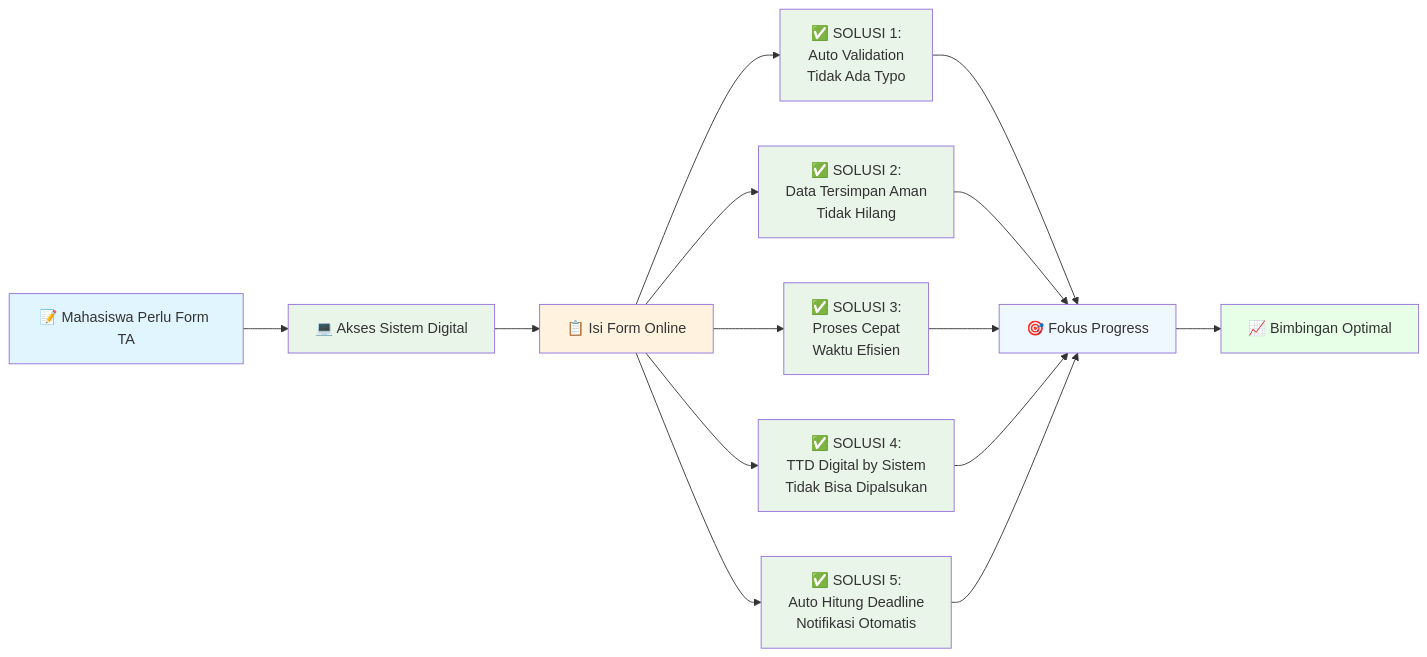
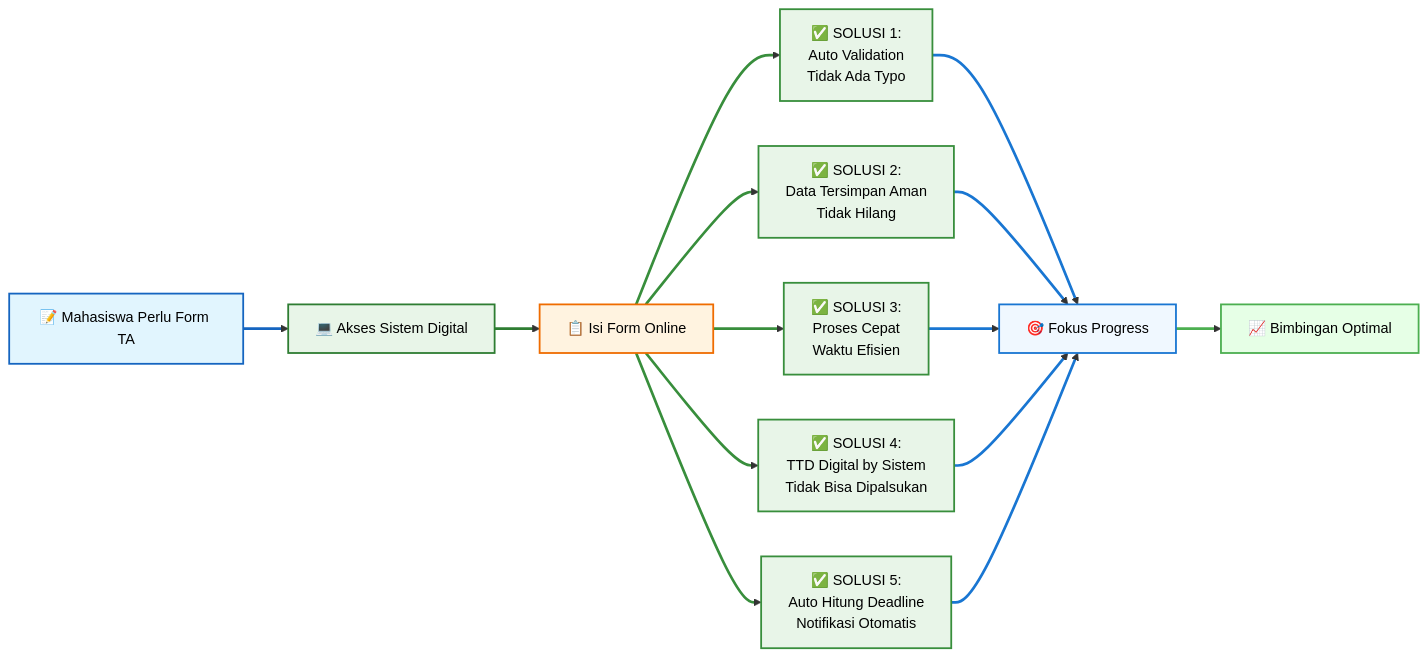
The second of 2 diagrams in SIMTA/presentation.md (aidilsaputrakirsan/mata-kuliah-slides), drawn with Mermaid before and after one commit. The commit also changed other lines of this file and 1 other file, not shown here.

````diff
--- a/SIMTA/presentation.md
+++ b/SIMTA/presentation.md
@@ -61,30 +82,45 @@
 ```mermaid {theme: 'base', scale: 0.5}
 flowchart LR
     A[📝 Mahasiswa Perlu Form TA] --> B[💻 Akses Sistem Digital]
     B --> C[📋 Isi Form Online]
     
     C --> D[✅ SOLUSI 1:<br/>Auto Validation<br/>Tidak Ada Typo]
     C --> E[✅ SOLUSI 2:<br/>Data Tersimpan Aman<br/>Tidak Hilang]
     C --> F[✅ SOLUSI 3:<br/>Proses Cepat<br/>Waktu Efisien]
     C --> I[✅ SOLUSI 4:<br/>TTD Digital by Sistem<br/>Tidak Bisa Dipalsukan]
     C --> J[✅ SOLUSI 5:<br/>Auto Hitung Deadline<br/>Notifikasi Otomatis]
     
     D --> G[🎯 Fokus Progress]
     E --> G
     F --> G
     I --> G
     J --> G
     
     G --> H[📈 Bimbingan Optimal]
     
-    style A fill:#e1f5fe
-    style B fill:#e8f5e8
-    style C fill:#fff3e0
-    style D fill:#e8f5e8
-    style E fill:#e8f5e8
-    style F fill:#e8f5e8
-    style I fill:#e8f5e8
-    style J fill:#e8f5e8
-    style G fill:#f0f8ff
-    style H fill:#e6ffe6
+    style A fill:#e1f5fe,stroke:#1565c0,stroke-width:2px,color:#000
+    style B fill:#e8f5e8,stroke:#2e7d32,stroke-width:2px,color:#000
+    style C fill:#fff3e0,stroke:#ef6c00,stroke-width:2px,color:#000
+    style D fill:#e8f5e8,stroke:#388e3c,stroke-width:2px,color:#000
+    style E fill:#e8f5e8,stroke:#388e3c,stroke-width:2px,color:#000
+    style F fill:#e8f5e8,stroke:#388e3c,stroke-width:2px,color:#000
+    style I fill:#e8f5e8,stroke:#388e3c,stroke-width:2px,color:#000
+    style J fill:#e8f5e8,stroke:#388e3c,stroke-width:2px,color:#000
+    style G fill:#f0f8ff,stroke:#1976d2,stroke-width:2px,color:#000
+    style H fill:#e6ffe6,stroke:#4caf50,stroke-width:2px,color:#000
+    
+    linkStyle default stroke:#333,stroke-width:3px
+    linkStyle 0 stroke:#1565c0,stroke-width:3px
+    linkStyle 1 stroke:#2e7d32,stroke-width:3px
+    linkStyle 2 stroke:#388e3c,stroke-width:3px
+    linkStyle 3 stroke:#388e3c,stroke-width:3px
+    linkStyle 4 stroke:#388e3c,stroke-width:3px
+    linkStyle 5 stroke:#388e3c,stroke-width:3px
+    linkStyle 6 stroke:#388e3c,stroke-width:3px
+    linkStyle 7 stroke:#1976d2,stroke-width:3px
+    linkStyle 8 stroke:#1976d2,stroke-width:3px
+    linkStyle 9 stroke:#1976d2,stroke-width:3px
+    linkStyle 10 stroke:#1976d2,stroke-width:3px
+    linkStyle 11 stroke:#1976d2,stroke-width:3px
+    linkStyle 12 stroke:#4caf50,stroke-width:3px
 ```
````
